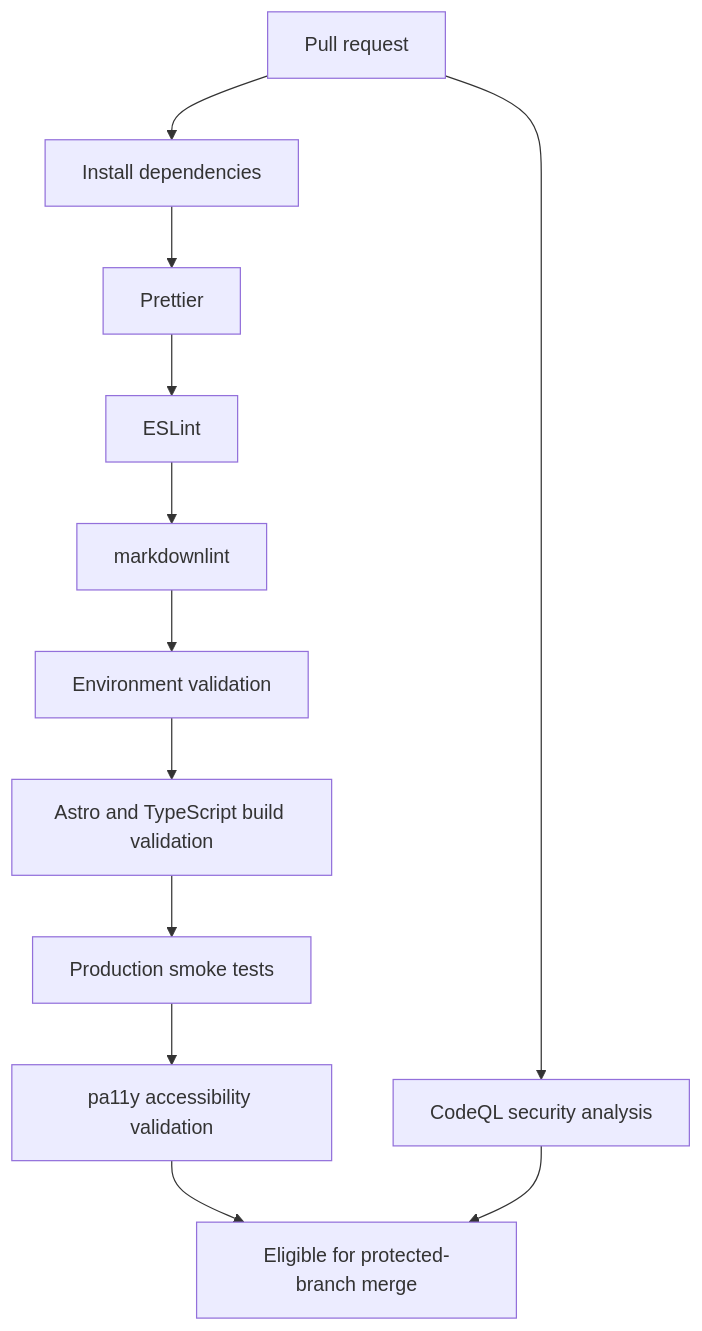
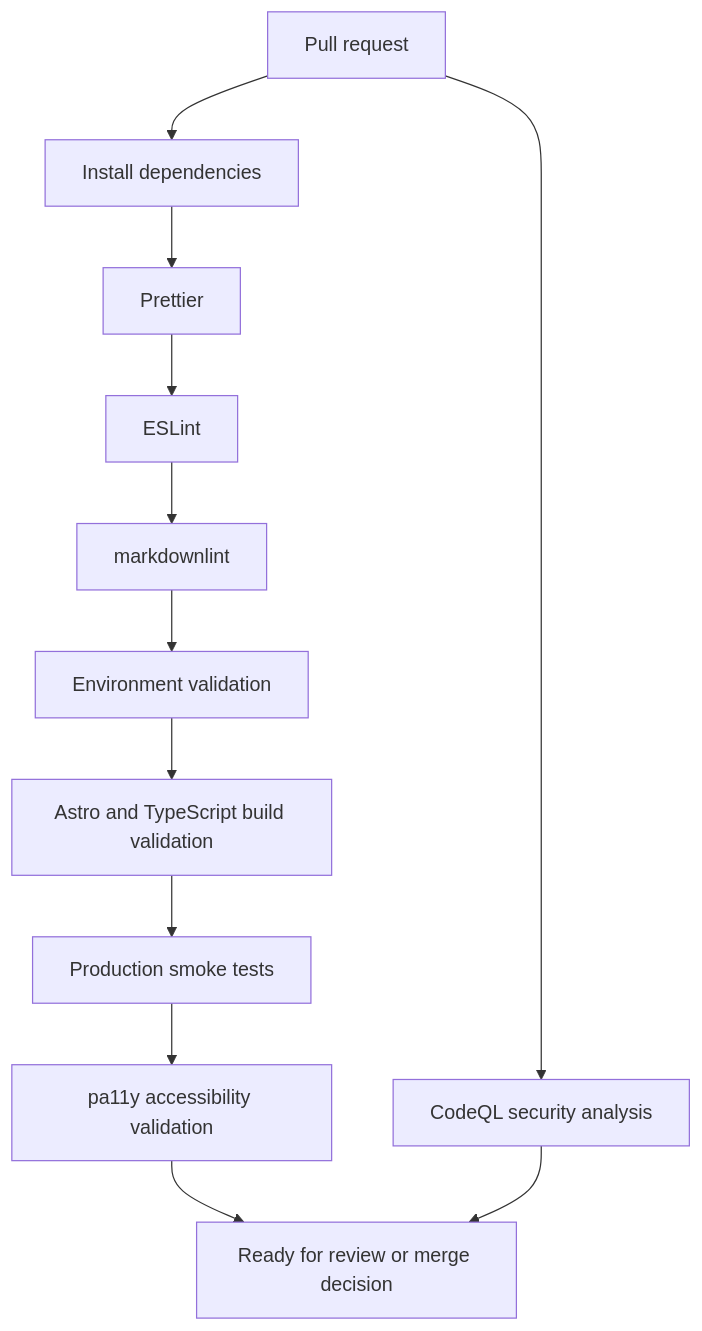
One commit to neibaur/domain-placeholder-platform changed the diagram in docs/governance.md. Above: the diagram before and after it, drawn with Mermaid. The commit also changed other lines of this file and 1 other file, not shown here.

````diff
--- a/docs/governance.md
+++ b/docs/governance.md
@@ -30,14 +32,14 @@
 ```mermaid
 flowchart TD
   pr[Pull request] --> install[Install dependencies]
   install --> format[Prettier]
   format --> lint[ESLint]
   lint --> markdown[markdownlint]
   markdown --> env[Environment validation]
   env --> build[Astro and TypeScript build validation]
   build --> smoke[Production smoke tests]
   smoke --> a11y[pa11y accessibility validation]
-  a11y --> merge[Eligible for protected-branch merge]
+  a11y --> ready[Ready for review or merge decision]
   pr --> codeql[CodeQL security analysis]
-  codeql --> merge
+  codeql --> ready
 ```
````
